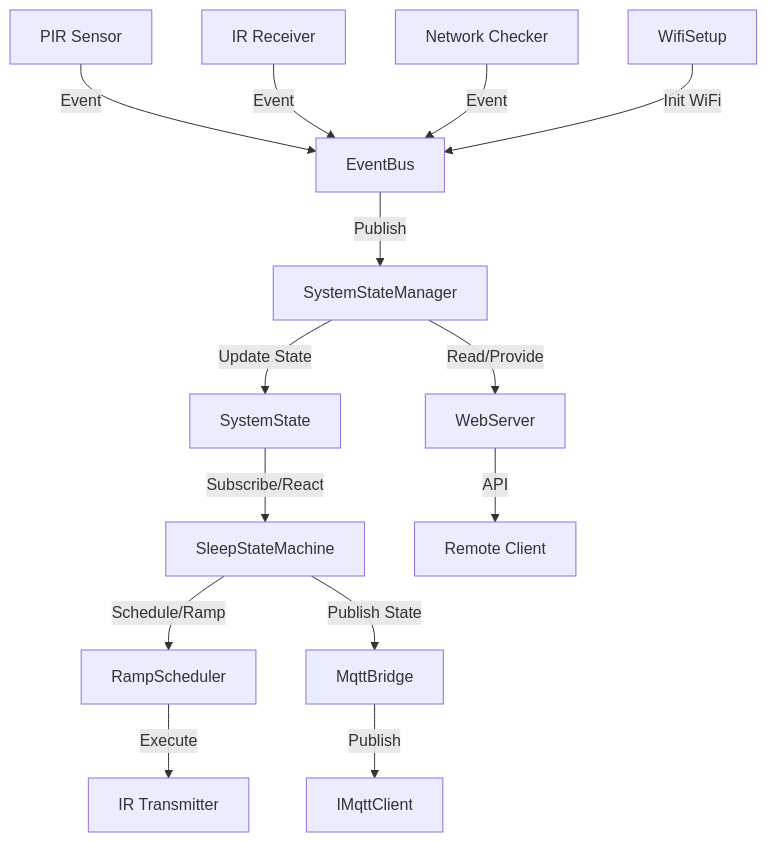
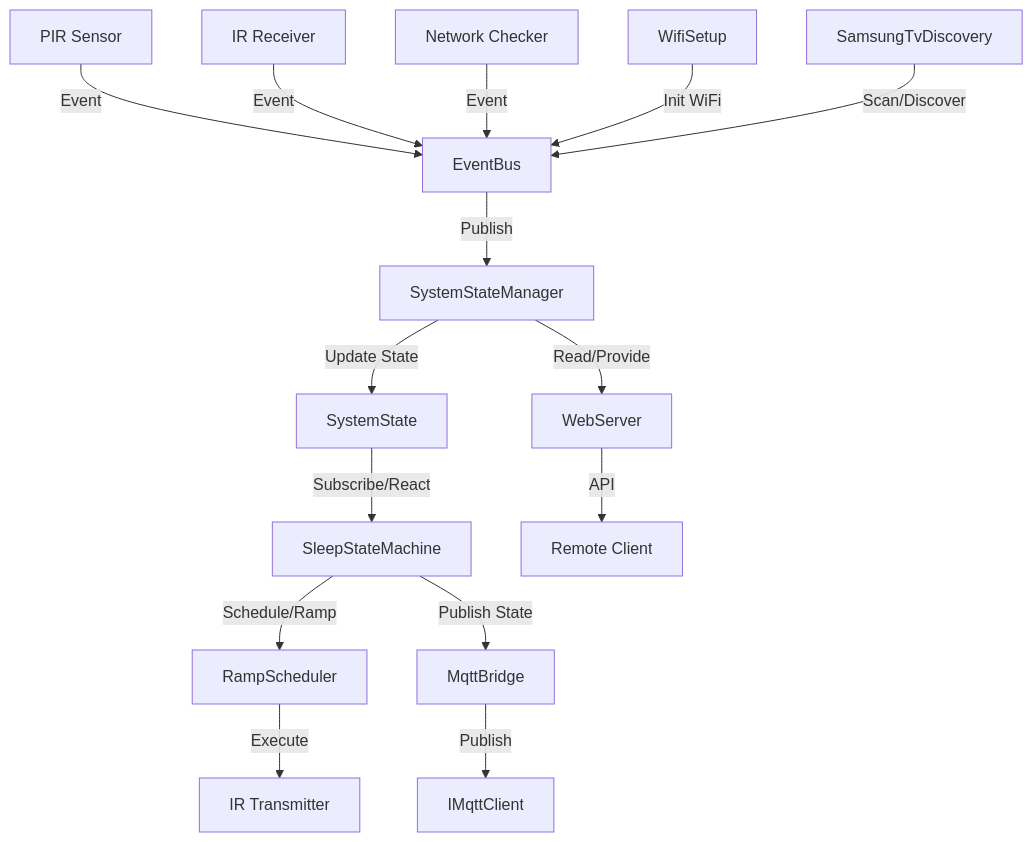
One commit to non7top/insomnia-tv changed the diagram in docs/architecture-diagram.md. Above: the diagram before and after it, drawn with Mermaid. The commit also changed 10 other files, not shown here.

Commit message:
feat(discovery): implement Samsung AllShare1.0 TV discovery with tests

````diff
--- a/docs/architecture-diagram.md
+++ b/docs/architecture-diagram.md
@@ -9,25 +9,25 @@
 ```mermaid
 graph TD
     %% Hardware/Drivers
     PIR[PIR Sensor] -->|Event| EB[EventBus]
     IR[IR Receiver] -->|Event| EB
     Network[Network Checker] -->|Event| EB
 
     %% System Core
     EB -->|Publish| SSM[SystemStateManager]
     WS[WifiSetup] -->|Init WiFi| EB
+    SD[SamsungTvDiscovery] -->|Scan/Discover| EB
 
     %% State Logic
-
     SSM -->|Update State| S[SystemState]
     S -->|Subscribe/React| FSM[SleepStateMachine]
     FSM -->|Schedule/Ramp| RS[RampScheduler]
 
     %% Outputs
     RS -->|Execute| IRTX[IR Transmitter]
     FSM -->|Publish State| MQTT[MqttBridge]
     MQTT -->|Publish| MClient[IMqttClient]
     SSM -->|Read/Provide| Web[WebServer]
     Web -->|API| UI[Remote Client]
 
 ```
````
